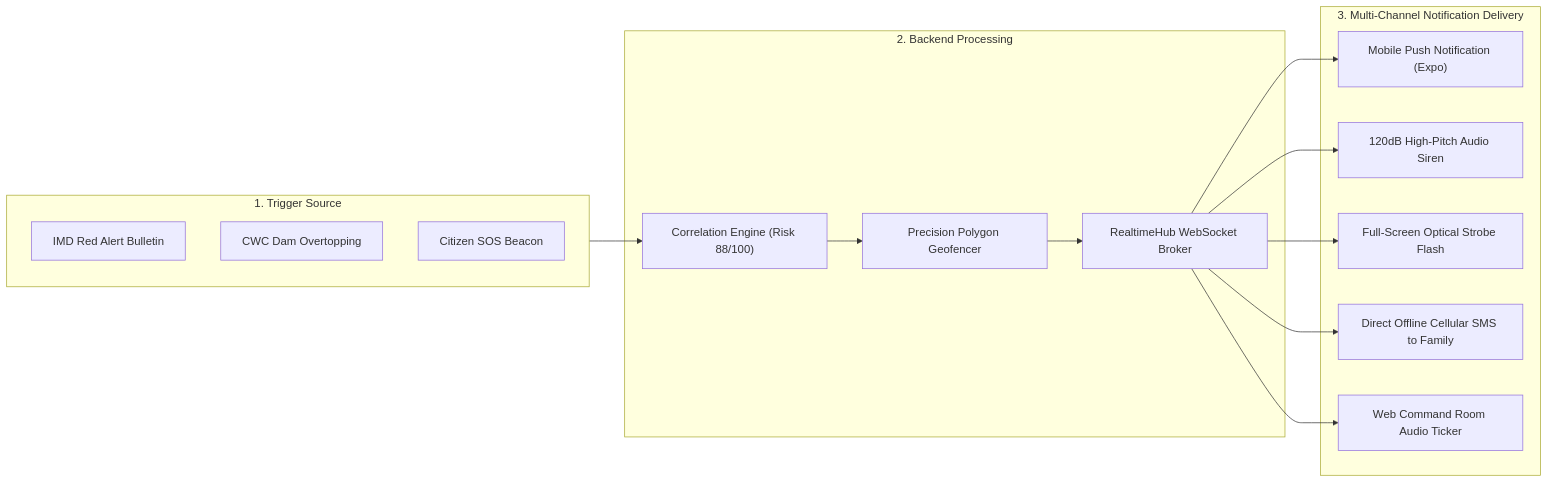
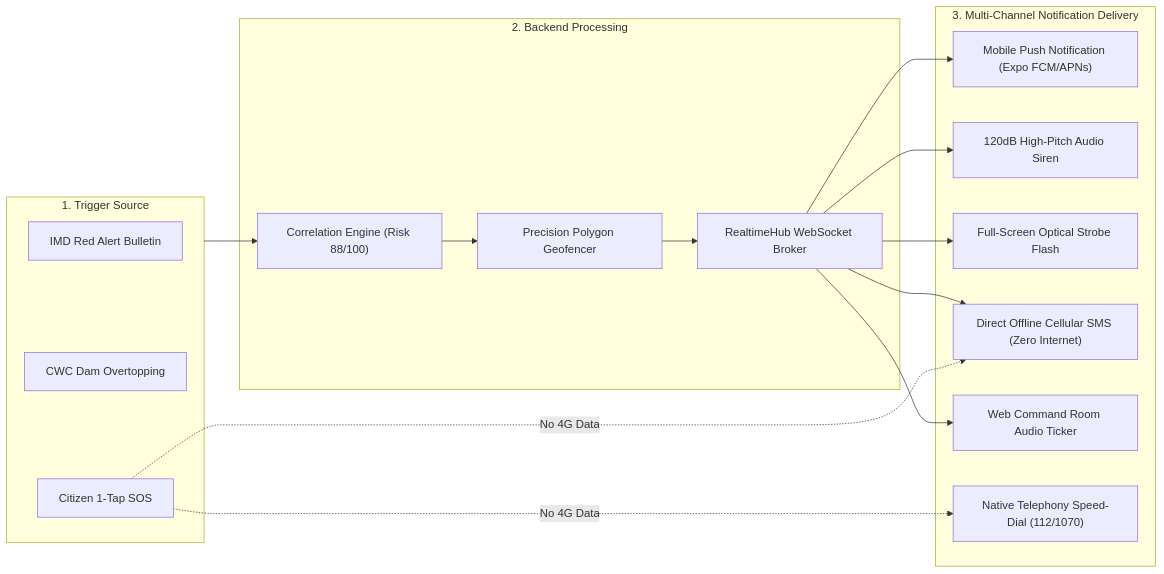
The second of 4 diagrams in README.md (25A31A0356/AEGIS), drawn with Mermaid before and after one commit. The commit also changed other lines of this file and 1 other file, not shown here.

Commit message:
docs: finalize master software-first architecture, UI screens, notifications, SIH PPT slides and hardware appendix

````diff
--- a/README.md
+++ b/README.md
@@ -184,32 +306,35 @@
 ```mermaid
 flowchart LR
     subgraph Trigger ["1. Trigger Source"]
         IMD_Alert["IMD Red Alert Bulletin"]
         River_Surge["CWC Dam Overtopping"]
-        SOS_Beacon["Citizen SOS Beacon"]
+        Citizen_SOS["Citizen 1-Tap SOS"]
     end
 
     subgraph Core_Engine ["2. Backend Processing"]
         Correlator["Correlation Engine (Risk 88/100)"]
         Geofence["Precision Polygon Geofencer"]
         WS_Hub["RealtimeHub WebSocket Broker"]
     end
 
     subgraph Multi_Channel ["3. Multi-Channel Notification Delivery"]
-        Push["Mobile Push Notification (Expo)"]
+        Push["Mobile Push Notification (Expo FCM/APNs)"]
         InApp_Audio["120dB High-Pitch Audio Siren"]
         Strobe["Full-Screen Optical Strobe Flash"]
-        SMS_Intent["Direct Offline Cellular SMS to Family"]
+        SMS_Intent["Direct Offline Cellular SMS (Zero Internet)"]
         Web_Ticker["Web Command Room Audio Ticker"]
+        Telephony["Native Telephony Speed-Dial (112/1070)"]
     end
 
     Trigger --> Correlator
     Correlator --> Geofence
     Geofence --> WS_Hub
 
     WS_Hub --> Push
     WS_Hub --> InApp_Audio
     WS_Hub --> Strobe
     WS_Hub --> SMS_Intent
     WS_Hub --> Web_Ticker
+    Citizen_SOS -.->|No 4G Data| SMS_Intent
+    Citizen_SOS -.->|No 4G Data| Telephony
 ```
````
